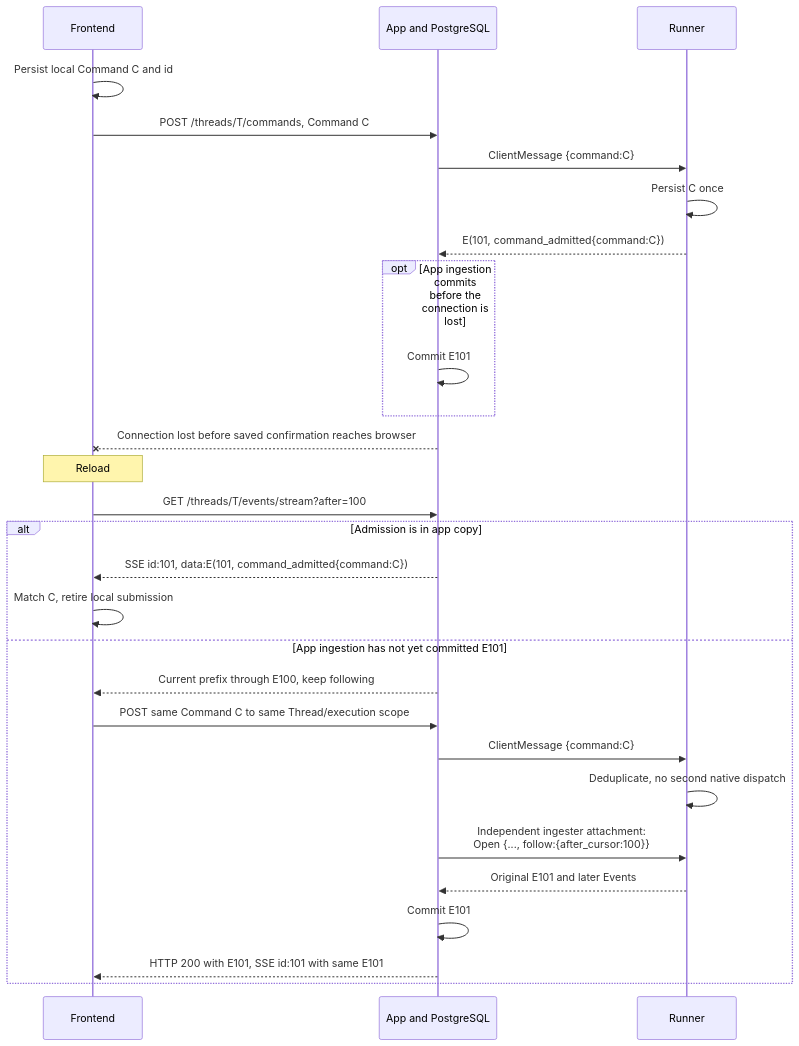
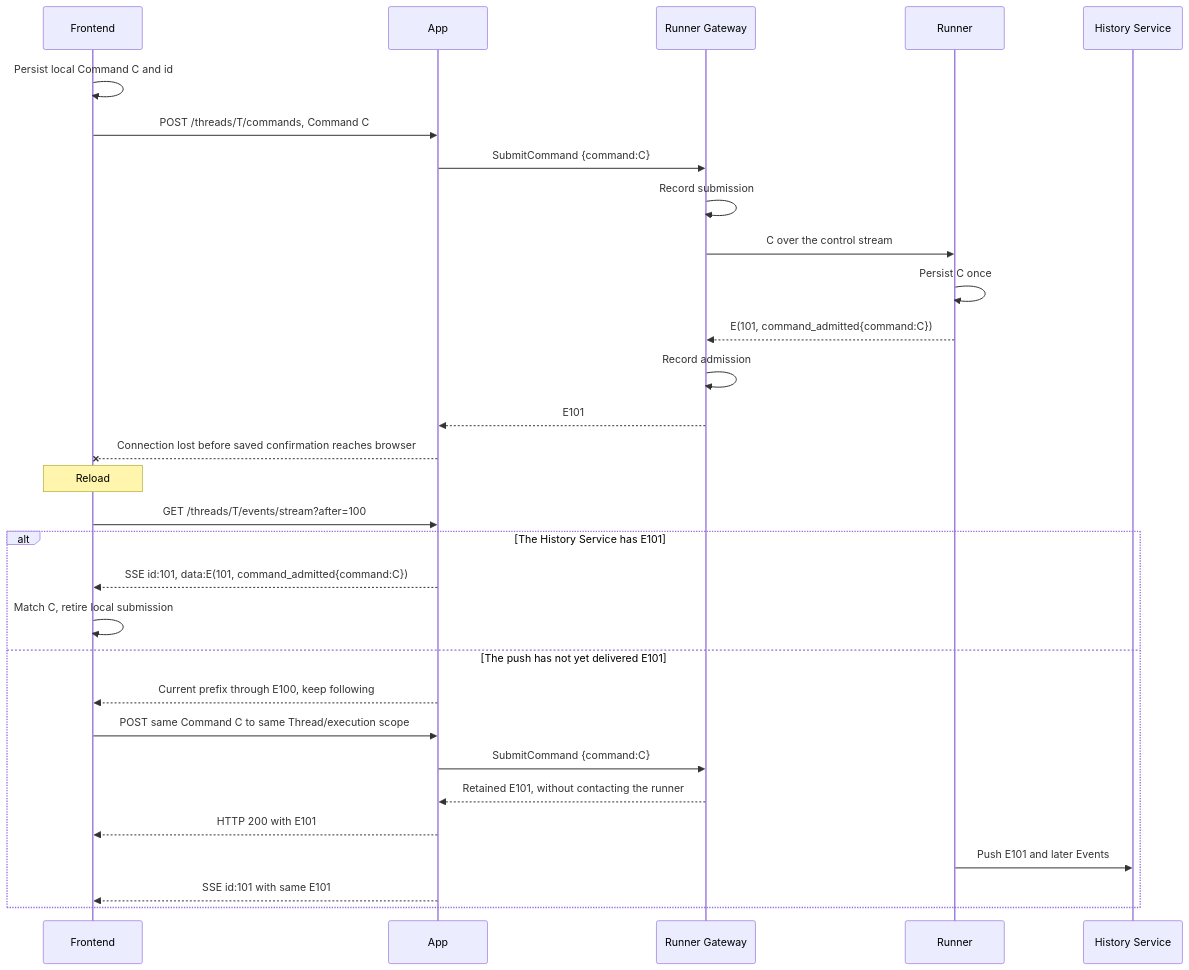
The fifth of 6 diagrams in agentplane/docs/thread_layering.md (agentydragon-agent/ducktape), drawn with Mermaid before and after one commit. The commit also changed other lines of this file and 19 other files, not shown here.

````diff
--- a/agentplane/docs/thread_layering.md
+++ b/agentplane/docs/thread_layering.md
@@ -417,30 +422,32 @@
 ```mermaid
 sequenceDiagram
     participant F as Frontend
-    participant A as App and PostgreSQL
+    participant A as App
+    participant G as Runner Gateway
     participant R as Runner
+    participant HS as History Service
     F->>F: Persist local Command C and id
     F->>A: POST /threads/T/commands, Command C
-    A->>R: ClientMessage {command:C}
+    A->>G: SubmitCommand {command:C}
+    G->>G: Record submission
+    G->>R: C over the control stream
     R->>R: Persist C once
-    R-->>A: E(101, command_admitted{command:C})
-    opt App ingestion commits before the connection is lost
-        A->>A: Commit E101
-    end
+    R-->>G: E(101, command_admitted{command:C})
+    G->>G: Record admission
+    G-->>A: E101
     A--xF: Connection lost before saved confirmation reaches browser
     Note over F: Reload
     F->>A: GET /threads/T/events/stream?after=100
-    alt Admission is in app copy
+    alt The History Service has E101
         A-->>F: SSE id:101, data:E(101, command_admitted{command:C})
         F->>F: Match C, retire local submission
-    else App ingestion has not yet committed E101
+    else The push has not yet delivered E101
         A-->>F: Current prefix through E100, keep following
         F->>A: POST same Command C to same Thread/execution scope
-        A->>R: ClientMessage {command:C}
-        R->>R: Deduplicate, no second native dispatch
-        A->>R: Independent ingester attachment:<br/>Open {..., follow:{after_cursor:100}}
-        R-->>A: Original E101 and later Events
-        A->>A: Commit E101
-        A-->>F: HTTP 200 with E101, SSE id:101 with same E101
+        A->>G: SubmitCommand {command:C}
+        G-->>A: Retained E101, without contacting the runner
+        A-->>F: HTTP 200 with E101
+        R->>HS: Push E101 and later Events
+        A-->>F: SSE id:101 with same E101
     end
 ```
````
